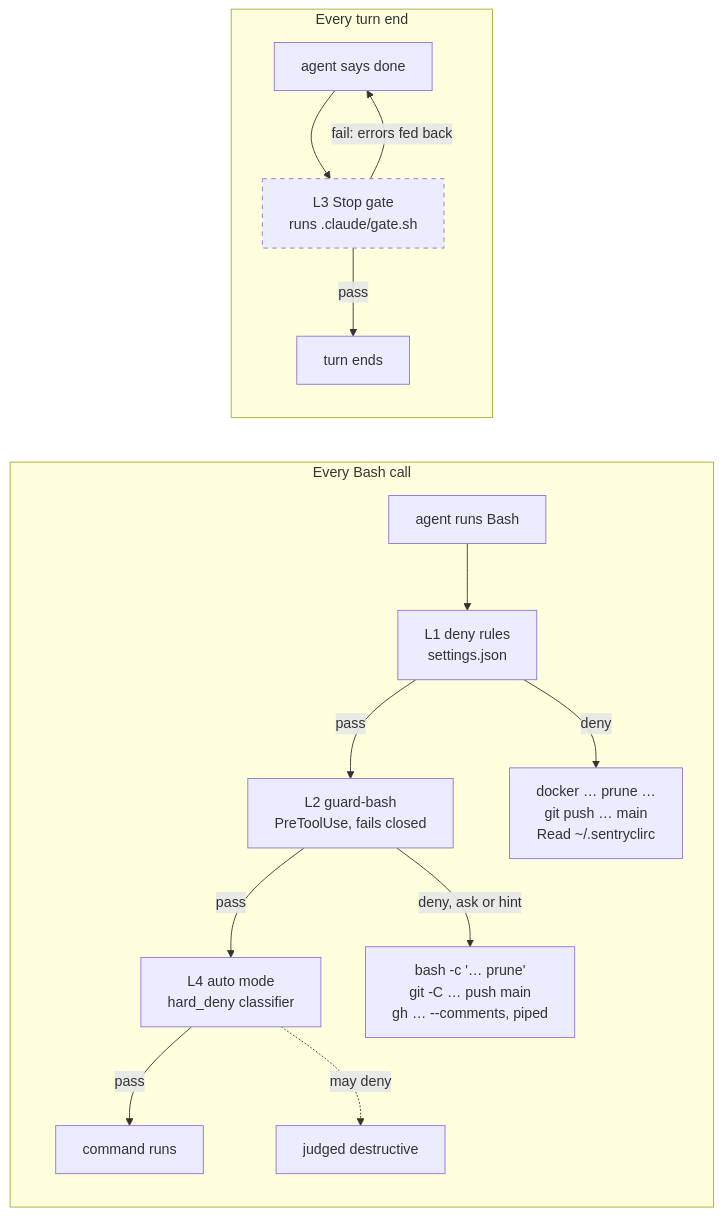
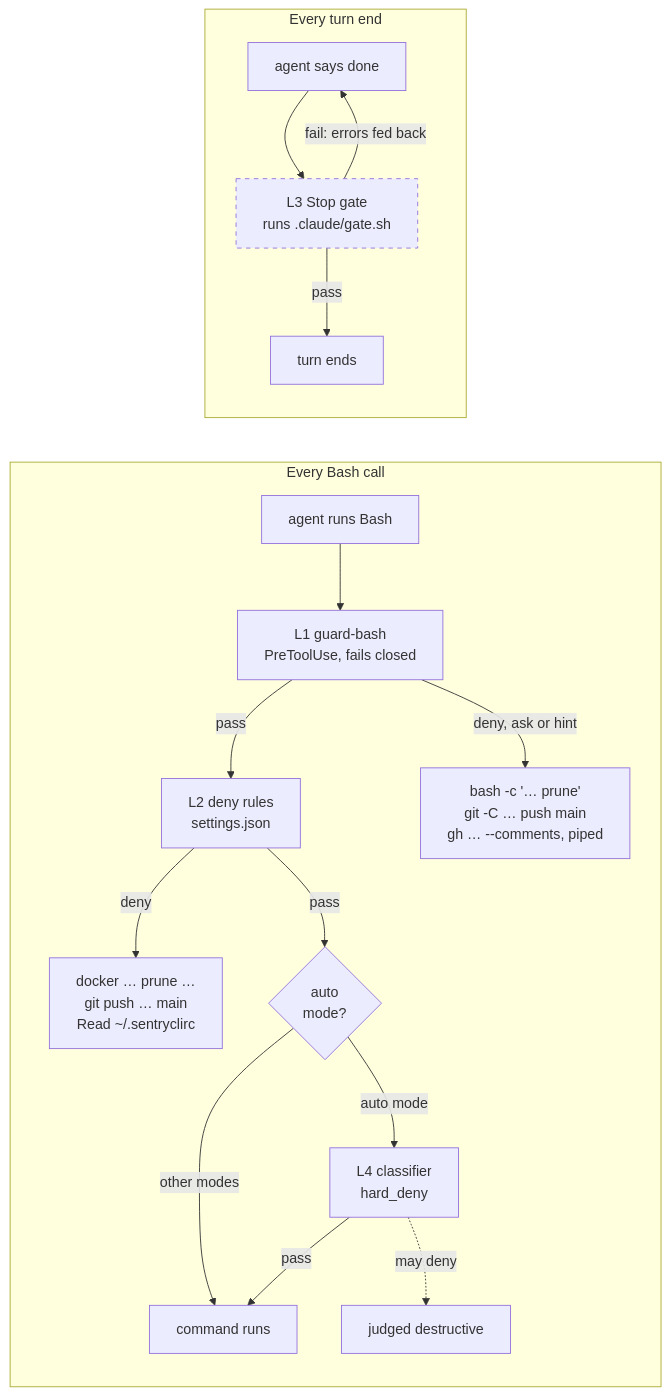
The fourth of 4 diagrams in README.md (kaminski-dev/dk-agent-kit), drawn with Mermaid before and after one commit. The commit also changed other lines of this file, not shown here.

Commit message:
README: guard hook before deny rules; classifier only in auto mode
CodeRabbit on #5, checked against the Claude Code permissions and
permission-modes docs: PreToolUse hooks run before the permission
rules, and the auto-mode classifier runs only in auto mode, after them.

````diff
--- a/README.md
+++ b/README.md
@@ -84,19 +84,21 @@
 ```mermaid
 flowchart LR
   subgraph call["Every Bash call"]
-    bash["agent runs Bash"] --> deny["L1 deny rules<br/>settings.json"]
-    deny -- "pass" --> hook["L2 guard-bash<br/>PreToolUse, fails closed"]
-    hook -- "pass" --> auto["L4 auto mode<br/>hard_deny classifier"]
-    auto -- "pass" --> run["command runs"]
-    deny -- "deny" --> d1["docker … prune …<br/>git push … main<br/>Read ~/.sentryclirc"]
-    hook -- "deny, ask or hint" --> d2["bash -c '… prune'<br/>git -C … push main<br/>gh … --comments, piped"]
+    bash["agent runs Bash"] --> hook["L1 guard-bash<br/>PreToolUse, fails closed"]
+    hook -- "pass" --> deny["L2 deny rules<br/>settings.json"]
+    hook -- "deny, ask or hint" --> d1["bash -c '… prune'<br/>git -C … push main<br/>gh … --comments, piped"]
+    deny -- "deny" --> d2["docker … prune …<br/>git push … main<br/>Read ~/.sentryclirc"]
+    deny -- "pass" --> mode{"auto<br/>mode?"}
+    mode -- "other modes" --> run["command runs"]
+    mode -- "auto mode" --> auto["L4 classifier<br/>hard_deny"]
+    auto -- "pass" --> run
     auto -. "may deny" .-> d3["judged destructive"]
   end
   subgraph turn["Every turn end"]
     done["agent says done"] --> stop["L3 Stop gate<br/>runs .claude/gate.sh"]
     stop -- "pass" --> ends["turn ends"]
     stop -- "fail: errors fed back" --> done
   end
   classDef planned stroke-dasharray: 5 5
   class stop planned
 ```
````
